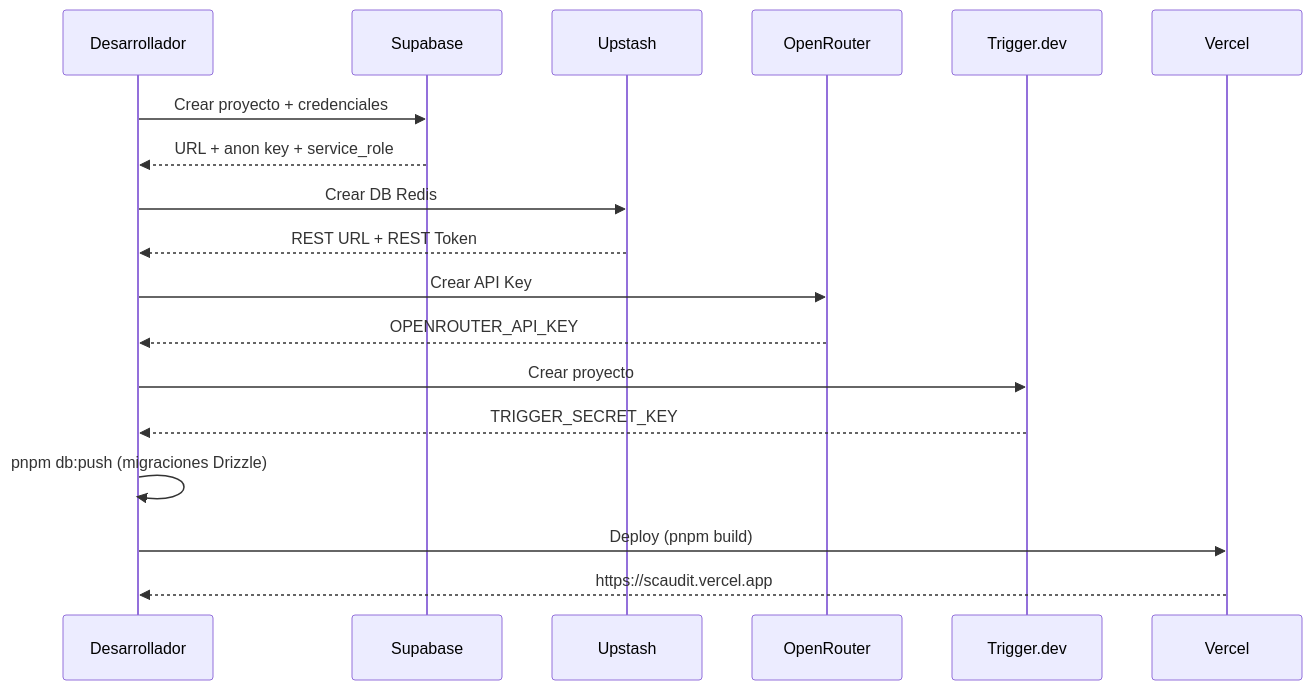
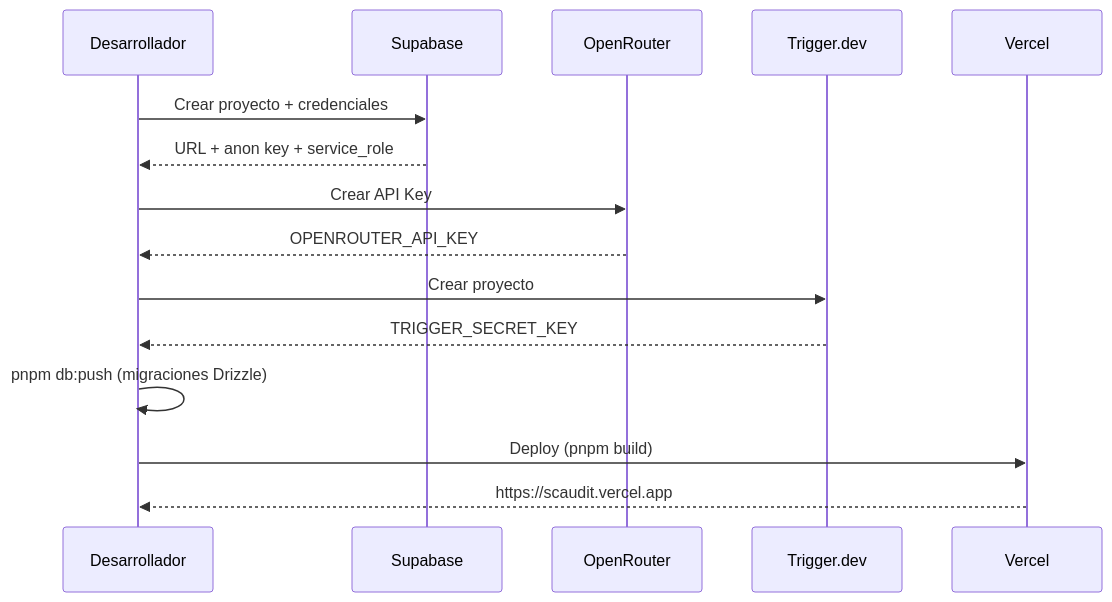
Before and after one commit to StrategicConnex/StrategicConnexAudit: the first of 2 diagrams in docs/installation.md, drawn with Mermaid. The commit also changed other lines of this file and 67 other files, not shown here.

````diff
--- a/docs/installation.md
+++ b/docs/installation.md
@@ -819,20 +762,17 @@
 ```mermaid
 sequenceDiagram
   participant Dev as Desarrollador
   participant SB as Supabase
-  participant US as Upstash
   participant OR as OpenRouter
   participant TD as Trigger.dev
   participant VC as Vercel
   Dev->>SB: Crear proyecto + credenciales
   SB-->>Dev: URL + anon key + service_role
-  Dev->>US: Crear DB Redis
-  US-->>Dev: REST URL + REST Token
   Dev->>OR: Crear API Key
   OR-->>Dev: OPENROUTER_API_KEY
   Dev->>TD: Crear proyecto
   TD-->>Dev: TRIGGER_SECRET_KEY
   Dev->>Dev: pnpm db:push (migraciones Drizzle)
   Dev->>VC: Deploy (pnpm build)
   VC-->>Dev: https://scaudit.vercel.app
 ```
````
